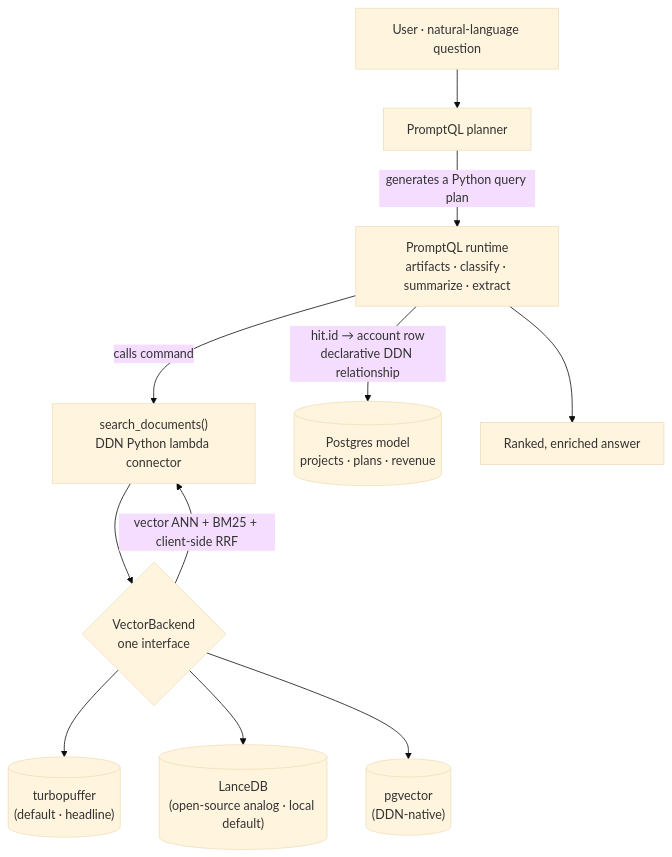
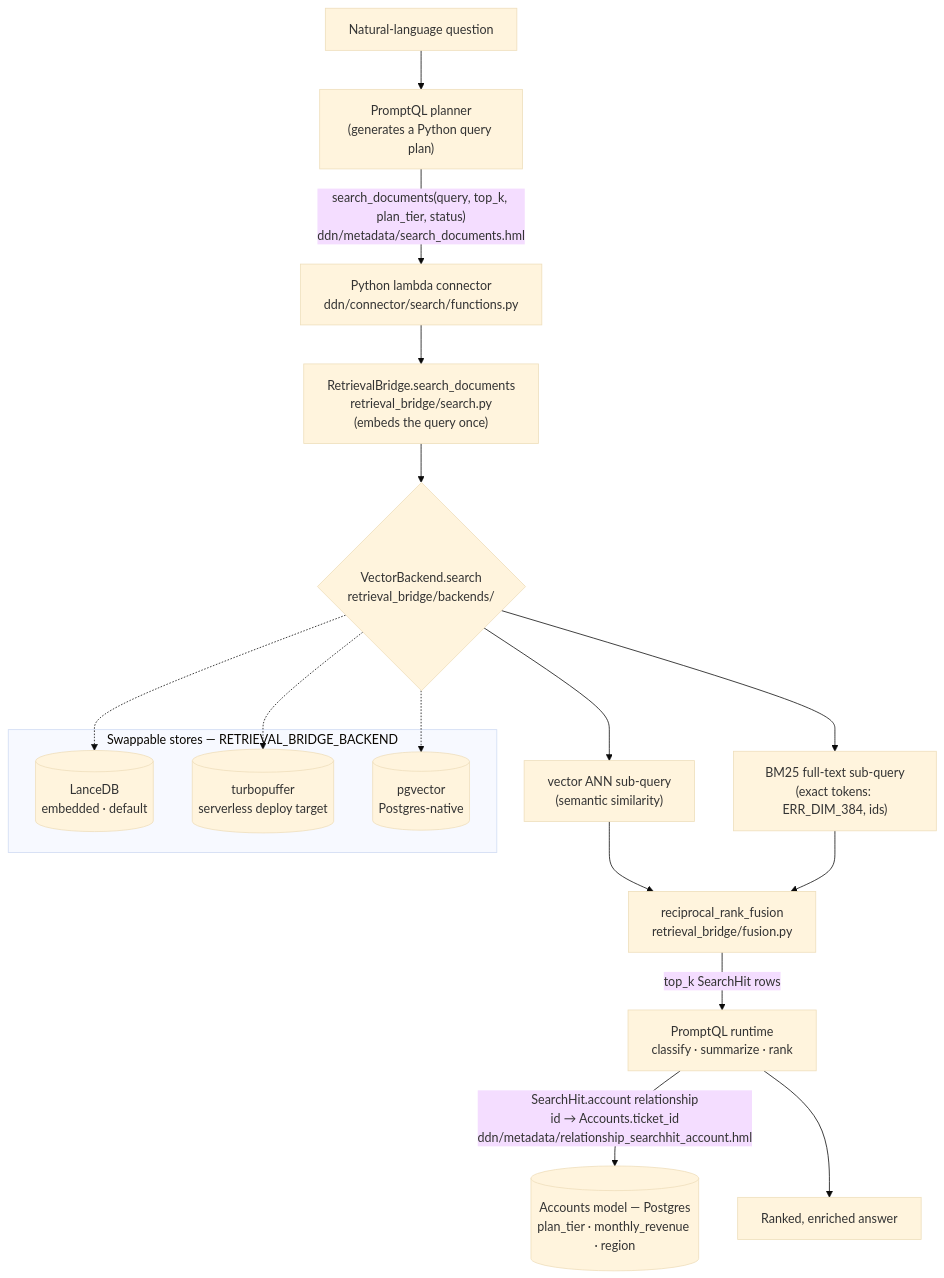
The diagram in README.md (viper9503/retrieval-bridge), drawn with Mermaid (base theme) before and after one commit. The commit also changed other lines of this file, not shown here.

Commit message:
docs: README: architecture diagram, design decisions, run instructions

````diff
--- a/README.md
+++ b/README.md
@@ -31,13 +19,23 @@
 ```mermaid
 flowchart TD
-    U["User · natural-language question"] --> P["PromptQL planner"]
-    P -->|"generates a Python query plan"| RT["PromptQL runtime<br/>artifacts · classify · summarize · extract"]
-    RT -->|"calls command"| C["search_documents()<br/>DDN Python lambda connector"]
-    C --> VB{"VectorBackend<br/>one interface"}
-    VB --> TP[("turbopuffer<br/>(default · headline)")]
-    VB --> LD[("LanceDB<br/>(open-source analog · local default)")]
-    VB --> PG[("pgvector<br/>(DDN-native)")]
-    VB -->|"vector ANN + BM25 + client-side RRF"| C
-    RT -->|"hit.id → account row<br/>declarative DDN relationship"| DB[("Postgres model<br/>projects · plans · revenue")]
+    Q["Natural-language question"] --> P["PromptQL planner<br/>(generates a Python query plan)"]
+    P -->|"search_documents(query, top_k, plan_tier, status)<br/>ddn/metadata/search_documents.hml"| C["Python lambda connector<br/>ddn/connector/search/functions.py"]
+    C --> B["RetrievalBridge.search_documents<br/>retrieval_bridge/search.py<br/>(embeds the query once)"]
+    B --> VB{"VectorBackend.search<br/>retrieval_bridge/backends/"}
+    VB --> V["vector ANN sub-query<br/>(semantic similarity)"]
+    VB --> T["BM25 full-text sub-query<br/>(exact tokens: ERR_DIM_384, ids)"]
+    V --> F["reciprocal_rank_fusion<br/>retrieval_bridge/fusion.py"]
+    T --> F
+    F -->|"top_k SearchHit rows"| RT["PromptQL runtime<br/>classify · summarize · rank"]
+    RT -->|"SearchHit.account relationship<br/>id → Accounts.ticket_id<br/>ddn/metadata/relationship_searchhit_account.hml"| A[("Accounts model — Postgres<br/>plan_tier · monthly_revenue · region")]
     RT --> ANS["Ranked, enriched answer"]
+
+    subgraph stores ["Swappable stores — RETRIEVAL_BRIDGE_BACKEND"]
+        S1[("LanceDB<br/>embedded · default")]
+        S2[("turbopuffer<br/>serverless deploy target")]
+        S3[("pgvector<br/>Postgres-native")]
+    end
+    VB -.-> S1
+    VB -.-> S2
+    VB -.-> S3
 ```
````
